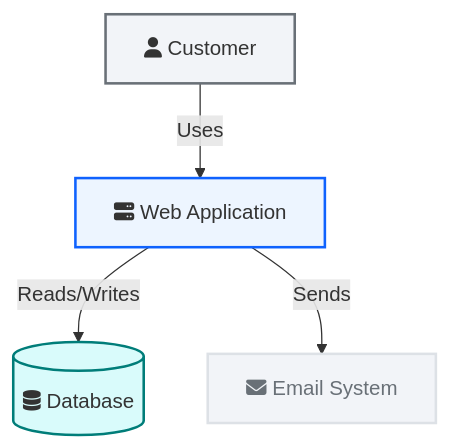
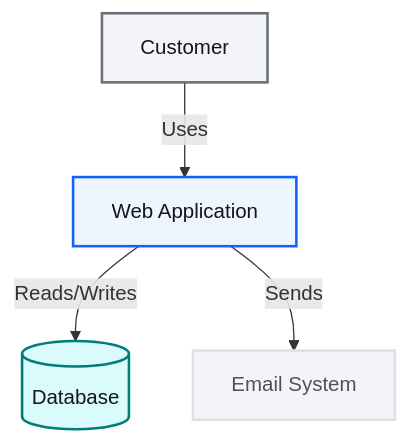
Before and after one commit to zhiweio/mermaid-illustrate: diagram 12 of 12 in examples/c4.md, drawn with Mermaid. The commit also changed other lines of this file and 22 other files, not shown here.

````diff
--- a/examples/c4.md
+++ b/examples/c4.md
@@ -629,21 +627,21 @@
 ```mermaid
 flowchart TD
-    Customer[fa:fa-user Customer]
-    WebApp[fa:fa-server Web Application]
-    Database[(fa:fa-database Database)]
-    Email[fa:fa-envelope Email System]
+    Customer[Customer]
+    WebApp[Web Application]
+    Database[(Database)]
+    Email[Email System]
 
     Customer -->|Uses| WebApp
     WebApp -->|Reads/Writes| Database
     WebApp -->|Sends| Email
 
-    classDef bpUser fill:#f2f4f8,stroke:#697077,stroke-width:2px
-    classDef bpProcess fill:#edf5ff,stroke:#0f62fe,stroke-width:2px
-    classDef bpExternal fill:#f2f4f8,stroke:#dde1e6,stroke-width:2px,color:#697077
-    classDef bpData fill:#d9fbfb,stroke:#007d79,stroke-width:2px
+    classDef bpUser fill:#f2f4f8,stroke:#697077,stroke-width:2px,color:#161616
+    classDef bpProcess fill:#edf5ff,stroke:#0f62fe,stroke-width:2px,color:#161616
+    classDef bpExternal fill:#f2f4f8,stroke:#dde1e6,stroke-width:2px,color:#525252
+    classDef bpData fill:#d9fbfb,stroke:#007d79,stroke-width:2px,color:#161616
 
     class Customer bpUser
     class WebApp bpProcess
     class Email bpExternal
     class Database bpData
 ```
````
